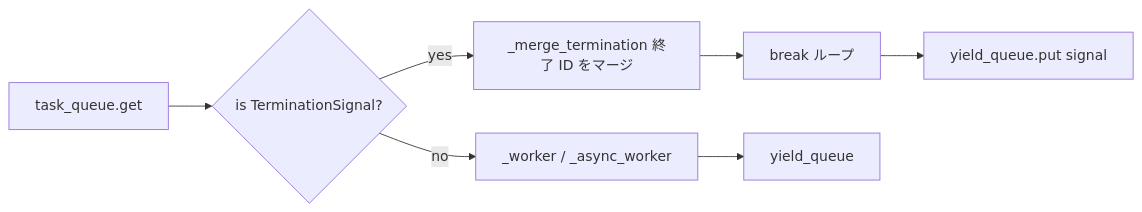
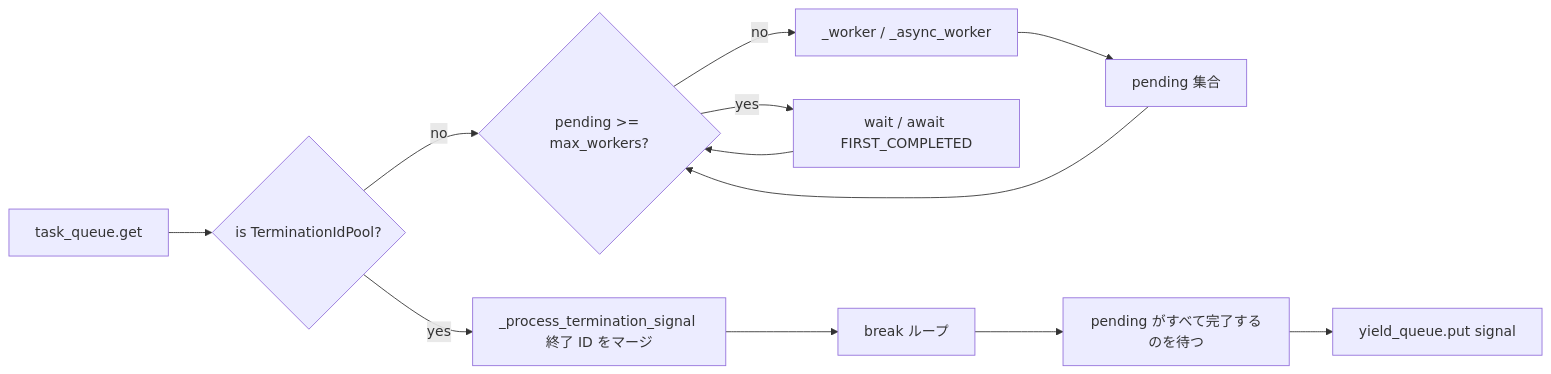
Before and after one commit to Mr-xiaotian/CelestialFlow: the diagram in docs/ja/tests/node/test_dispatch.md, drawn with Mermaid. The commit also changed other lines of this file and 169 other files, not shown here.

````diff
--- a/docs/ja/tests/node/test_dispatch.md
+++ b/docs/ja/tests/node/test_dispatch.md
@@ -71,9 +70,14 @@
 ```mermaid
 flowchart LR
-    In[task_queue.get] --> Sig{is TerminationSignal?}
-    Sig -- yes --> Merge[_merge_termination 終了 ID をマージ]
+    In[task_queue.get] --> Sig{is TerminationIdPool?}
+    Sig -- yes --> Merge[_process_termination_signal 終了 ID をマージ]
     Merge --> Break[break ループ]
-    Sig -- no --> Worker[_worker / _async_worker]
-    Worker --> Out[yield_queue]
-    Break --> Put[yield_queue.put signal]
+    Sig -- no --> Cap{pending >= max_workers?}
+    Cap -- yes --> Wait[wait / await FIRST_COMPLETED]
+    Wait --> Cap
+    Cap -- no --> Worker[_worker / _async_worker]
+    Worker --> Pending[pending 集合]
+    Pending --> Cap
+    Break --> Drain[pending がすべて完了するのを待つ]
+    Drain --> Put[yield_queue.put signal]
 ```
````
